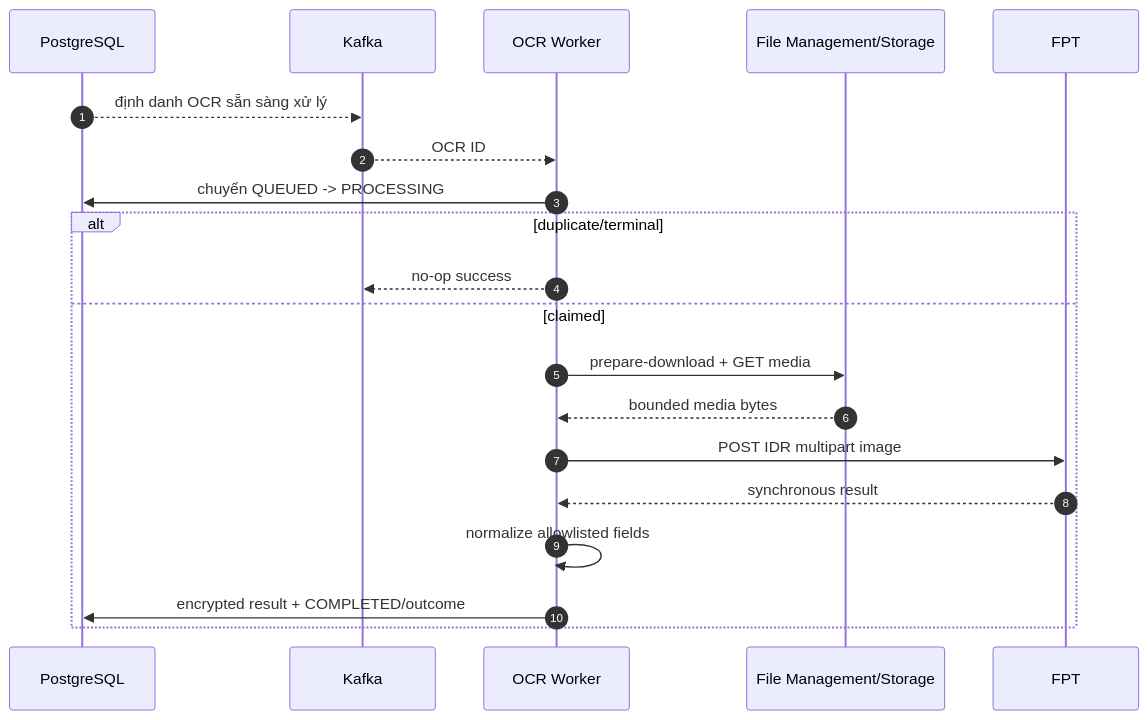
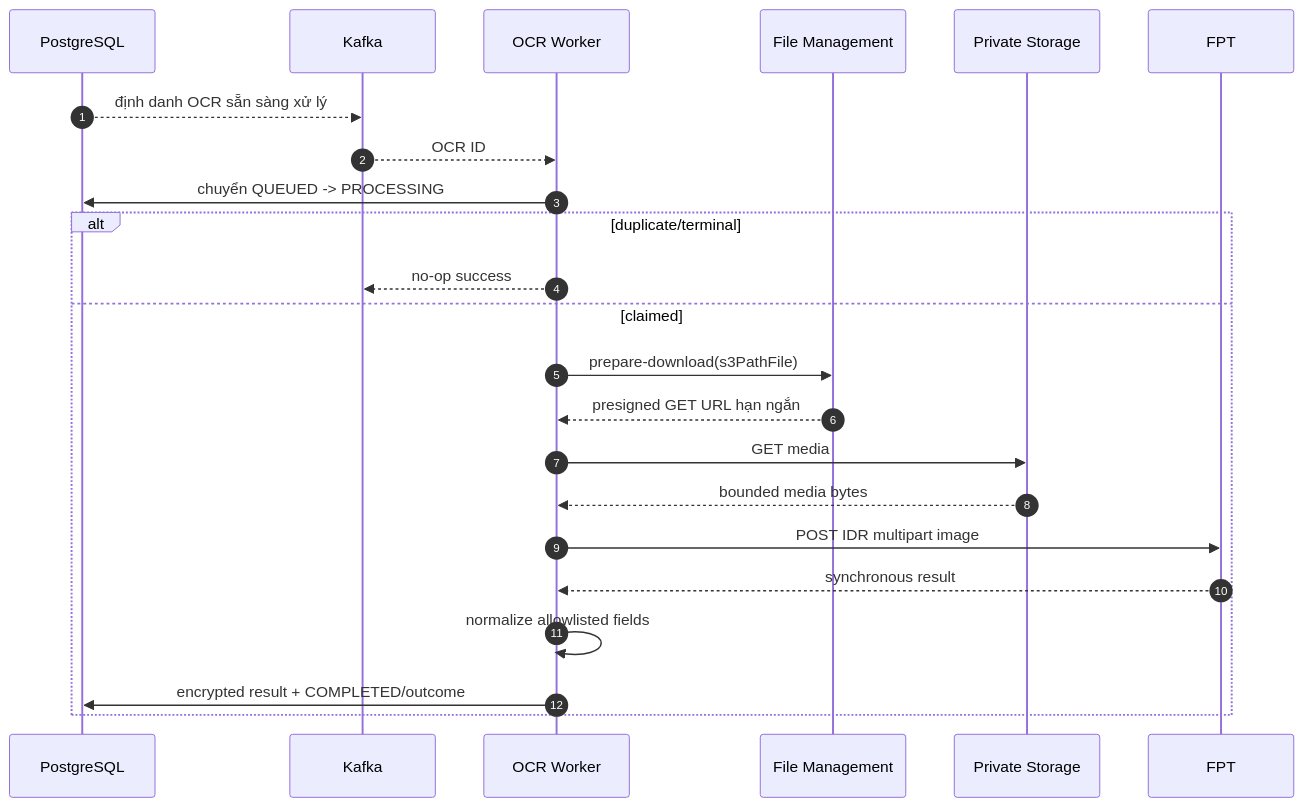
One commit to huynv-xyz/vhm changed the ninth of 12 diagrams in tdd-ocr-ekyc.md. Above: the diagram before and after it, drawn with Mermaid. The commit also changed other lines of this file, not shown here.

````diff
--- a/tdd-ocr-ekyc.md
+++ b/tdd-ocr-ekyc.md
@@ -900,23 +921,26 @@
 ```mermaid
 sequenceDiagram
     autonumber
     participant D as PostgreSQL
     participant K as Kafka
     participant W as OCR Worker
-    participant F as File Management/Storage
+    participant F as File Management
+    participant S as Private Storage
     participant P as FPT
 
     D-->>K: định danh OCR sẵn sàng xử lý
     K-->>W: OCR ID
     W->>D: chuyển QUEUED -> PROCESSING
     alt duplicate/terminal
         W-->>K: no-op success
     else claimed
-        W->>F: prepare-download + GET media
-        F-->>W: bounded media bytes
+        W->>F: prepare-download(s3PathFile)
+        F-->>W: presigned GET URL hạn ngắn
+        W->>S: GET media
+        S-->>W: bounded media bytes
         W->>P: POST IDR multipart image
         P-->>W: synchronous result
         W->>W: normalize allowlisted fields
         W->>D: encrypted result + COMPLETED/outcome
     end
 ```
````
